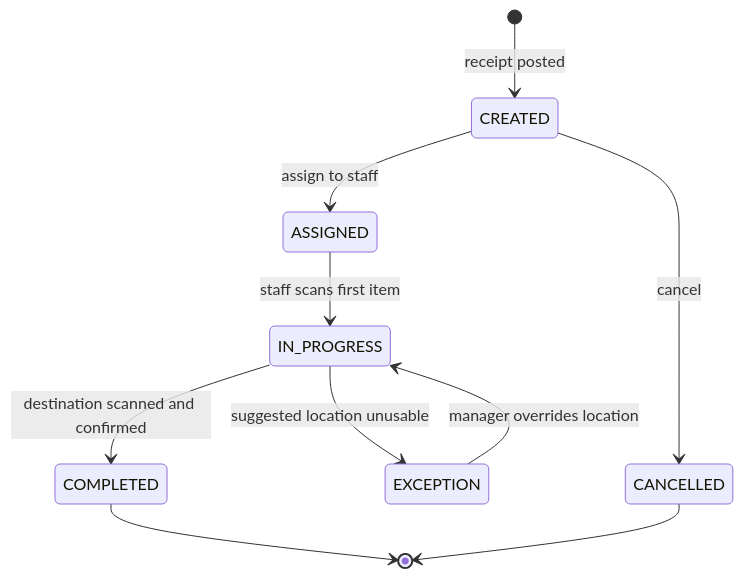
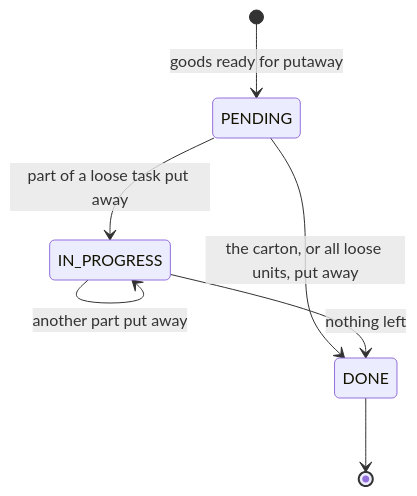
One commit to KLTN-FA26/be-backoffice-stockflow-commerce changed the seventh of 19 diagrams in docs/business-design/03-state-machines.md. Above: the diagram before and after it, drawn with Mermaid. The commit also changed other lines of this file and 2 other files, not shown here.

First line of the commit message:
docs: SCRUM-92 align putaway with the 05-putaway chapter

````diff
--- a/docs/business-design/03-state-machines.md
+++ b/docs/business-design/03-state-machines.md
@@ -294,12 +299,9 @@
 ```mermaid
 stateDiagram-v2
-    [*] --> CREATED: receipt posted
-    CREATED --> ASSIGNED: assign to staff
-    ASSIGNED --> IN_PROGRESS: staff scans first item
-    IN_PROGRESS --> COMPLETED: destination scanned and confirmed
-    IN_PROGRESS --> EXCEPTION: suggested location unusable
-    EXCEPTION --> IN_PROGRESS: manager overrides location
-    CREATED --> CANCELLED: cancel
-    COMPLETED --> [*]
-    CANCELLED --> [*]
+    [*] --> PENDING: goods ready for putaway
+    PENDING --> IN_PROGRESS: part of a loose task put away
+    PENDING --> DONE: the carton, or all loose units, put away
+    IN_PROGRESS --> IN_PROGRESS: another part put away
+    IN_PROGRESS --> DONE: nothing left
+    DONE --> [*]
 ```
````
